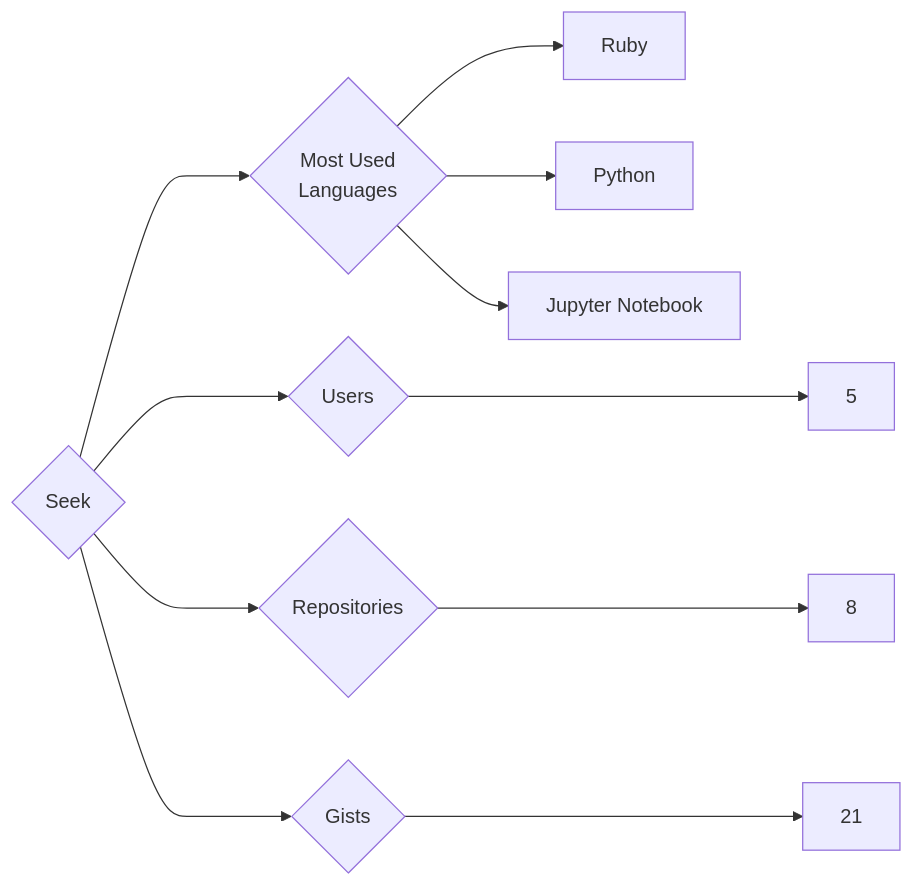
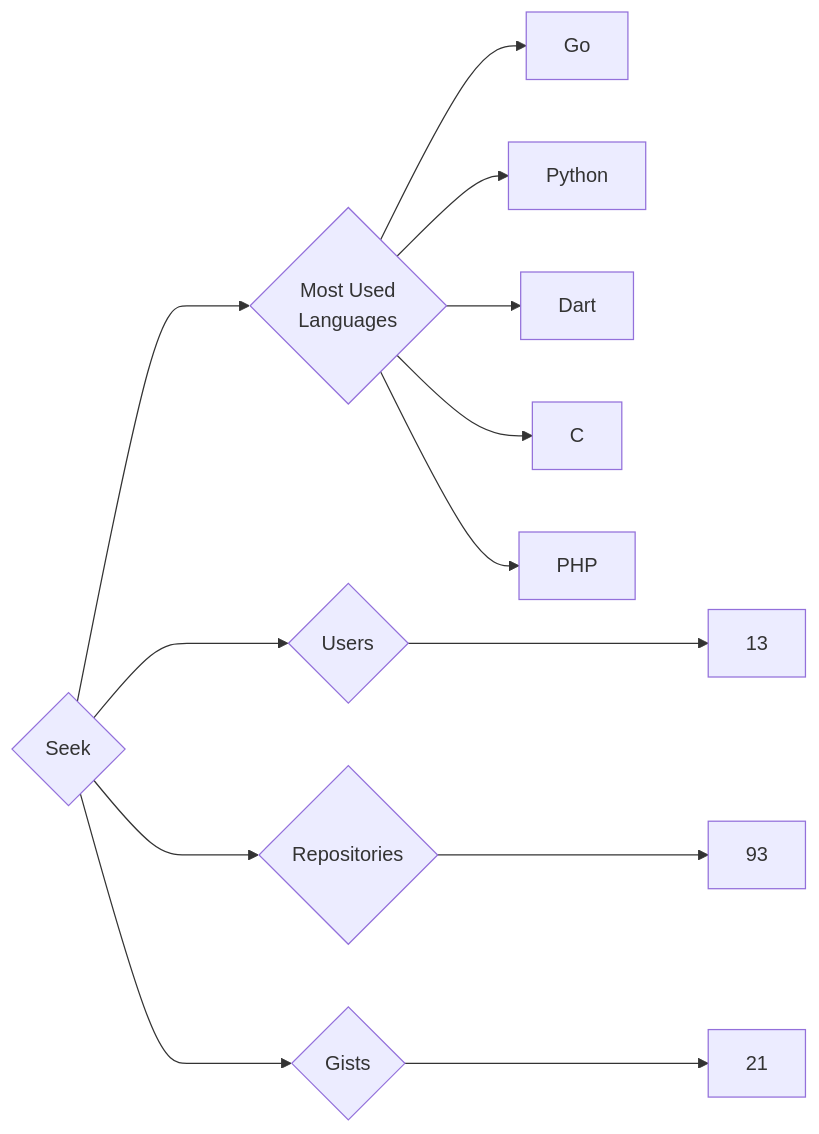
One commit to trickest/insiders changed the diagram in targets/Seek/README.md. Above: the diagram before and after it, drawn with Mermaid. The commit also changed 1479 other files, not shown here.

````diff
--- a/targets/Seek/README.md
+++ b/targets/Seek/README.md
@@ -3,11 +3,13 @@
 ```mermaid
 graph LR
 COMPANY_NAME{Seek}
-COMPANY_NAME ---> U{Users} ---> UN[5]
-COMPANY_NAME ---> R{Repositories} ---> RN[8]
+COMPANY_NAME ---> U{Users} ---> UN[13]
+COMPANY_NAME ---> R{Repositories} ---> RN[93]
 COMPANY_NAME ---> G{Gists} ---> GN[21]
 COMPANY_NAME ---> ML{Most Used<br>Languages}
-ML --> Ruby[Ruby]
+ML --> Go[Go]
 ML --> Python[Python]
-ML --> Jupyter_Notebook[Jupyter Notebook]
+ML --> Dart[Dart]
+ML --> C[C]
+ML --> PHP[PHP]
 ```
````
